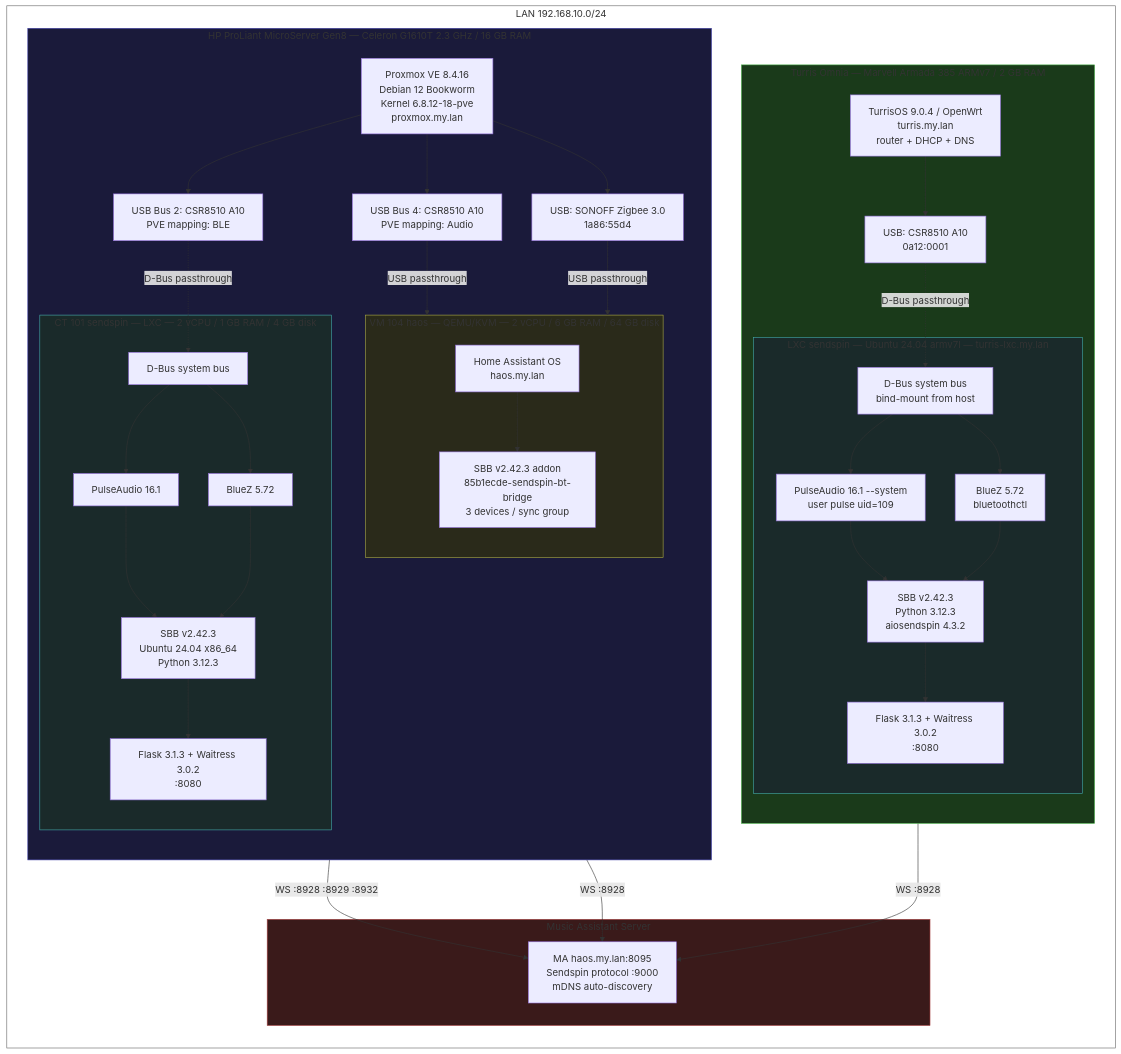
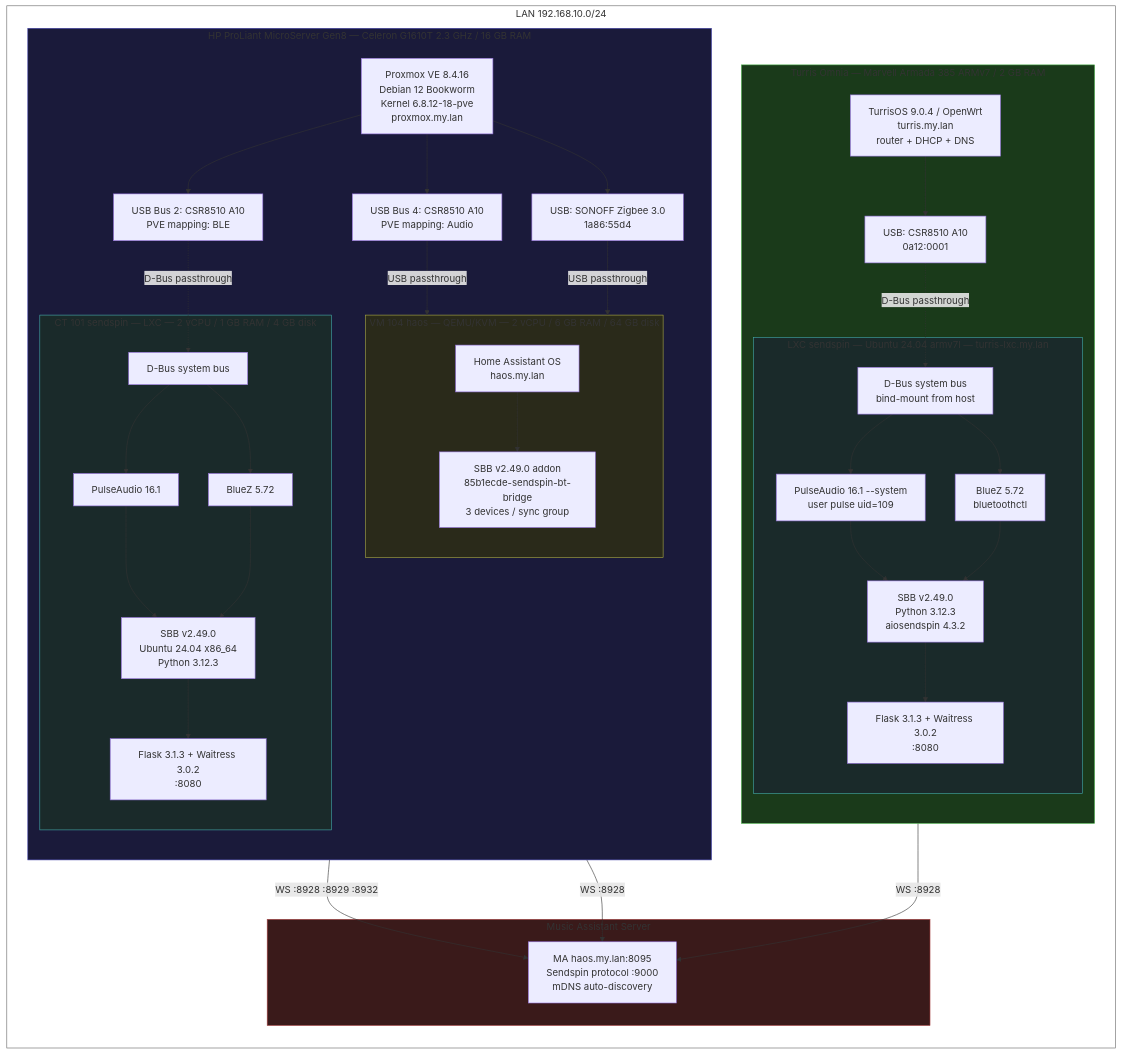
One commit to trudenboy/sendspin-bt-bridge changed the first of 3 diagrams in docs-site/src/content/docs/test-stand.md. Above: the diagram before and after it, drawn with Mermaid. The commit also changed other lines of this file and 18 other files, not shown here.

````diff
--- a/docs-site/src/content/docs/test-stand.md
+++ b/docs-site/src/content/docs/test-stand.md
@@ -20,76 +20,76 @@
 ```mermaid
 graph TB
     subgraph net["LAN 192.168.10.0/24"]
         direction TB
 
         subgraph turris["Turris Omnia — Marvell Armada 385 ARMv7 / 2 GB RAM"]
             direction TB
             T_HOST["TurrisOS 9.0.4 / OpenWrt<br/>turris.my.lan<br/>router + DHCP + DNS"]
             T_USB["USB: CSR8510 A10<br/>0a12:0001"]
             subgraph T_LXC["LXC sendspin — Ubuntu 24.04 armv7l — turris-lxc.my.lan"]
                 T_DBUS["D-Bus system bus<br/>bind-mount from host"]
                 T_PA["PulseAudio 16.1 --system<br/>user pulse uid=109"]
                 T_BLUEZ["BlueZ 5.72<br/>bluetoothctl"]
-                T_SBB["SBB v2.42.3<br/>Python 3.12.3<br/>aiosendspin 4.3.2"]
+                T_SBB["SBB v2.49.0<br/>Python 3.12.3<br/>aiosendspin 4.3.2"]
                 T_WEB["Flask 3.1.3 + Waitress 3.0.2<br/>:8080"]
                 T_DBUS --> T_BLUEZ
                 T_DBUS --> T_PA
                 T_PA --> T_SBB
                 T_BLUEZ --> T_SBB
                 T_SBB --> T_WEB
             end
             T_HOST --> T_USB
             T_USB -.->|D-Bus passthrough| T_DBUS
         end
 
         subgraph proxmox["HP ProLiant MicroServer Gen8 — Celeron G1610T 2.3 GHz / 16 GB RAM"]
             direction TB
             P_HOST["Proxmox VE 8.4.16<br/>Debian 12 Bookworm<br/>Kernel 6.8.12-18-pve<br/>proxmox.my.lan"]
             P_USB1["USB Bus 4: CSR8510 A10<br/>PVE mapping: Audio"]
             P_USB2["USB Bus 2: CSR8510 A10<br/>PVE mapping: BLE"]
             P_ZIG["USB: SONOFF Zigbee 3.0<br/>1a86:55d4"]
 
             subgraph P_VM["VM 104 haos — QEMU/KVM — 2 vCPU / 6 GB RAM / 64 GB disk"]
                 P_HAOS["Home Assistant OS<br/>haos.my.lan"]
-                P_ADDON["SBB v2.42.3 addon<br/>85b1ecde-sendspin-bt-bridge<br/>3 devices / sync group"]
+                P_ADDON["SBB v2.49.0 addon<br/>85b1ecde-sendspin-bt-bridge<br/>3 devices / sync group"]
                 P_HAOS --> P_ADDON
             end
 
             subgraph P_CT["CT 101 sendspin — LXC — 2 vCPU / 1 GB RAM / 4 GB disk"]
                 P_DBUS["D-Bus system bus"]
                 P_PA["PulseAudio 16.1"]
                 P_BLUEZ2["BlueZ 5.72"]
-                P_SBB["SBB v2.42.3<br/>Ubuntu 24.04 x86_64<br/>Python 3.12.3"]
+                P_SBB["SBB v2.49.0<br/>Ubuntu 24.04 x86_64<br/>Python 3.12.3"]
                 P_WEB2["Flask 3.1.3 + Waitress 3.0.2<br/>:8080"]
                 P_DBUS --> P_BLUEZ2
                 P_DBUS --> P_PA
                 P_PA --> P_SBB
                 P_BLUEZ2 --> P_SBB
                 P_SBB --> P_WEB2
             end
 
             P_HOST --> P_USB1
             P_HOST --> P_USB2
             P_HOST --> P_ZIG
             P_USB1 -->|USB passthrough| P_VM
             P_USB2 -.->|D-Bus passthrough| P_DBUS
             P_ZIG -->|USB passthrough| P_VM
         end
 
         subgraph ma_box["Music Assistant Server"]
             MA["MA haos.my.lan:8095<br/>Sendspin protocol :9000<br/>mDNS auto-discovery"]
         end
     end
 
     P_ADDON -->|"WS :8928 :8929 :8932"| MA
     P_SBB -->|"WS :8928"| MA
     T_SBB -->|"WS :8928"| MA
 
     style net fill:none,stroke:#666
     style turris fill:#1a3a1a,stroke:#4a4
     style proxmox fill:#1a1a3a,stroke:#44a
     style ma_box fill:#3a1a1a,stroke:#a44
     style P_VM fill:#2a2a1a,stroke:#aa4
     style P_CT fill:#1a2a2a,stroke:#4aa
     style T_LXC fill:#1a2a2a,stroke:#4aa
 ```
````
